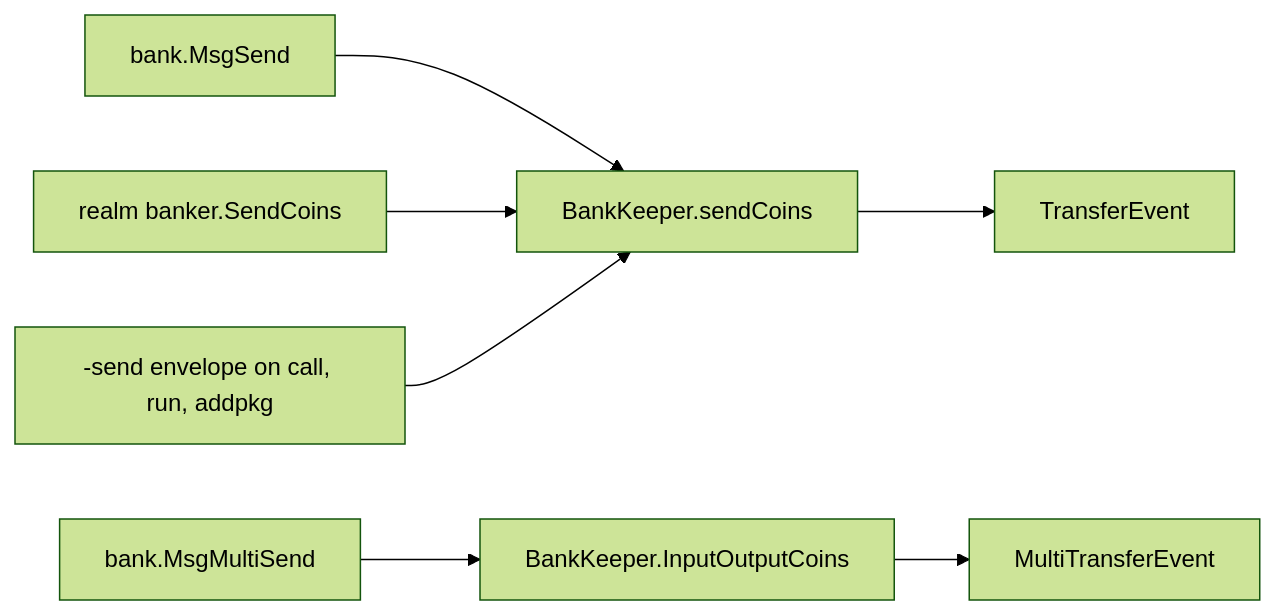
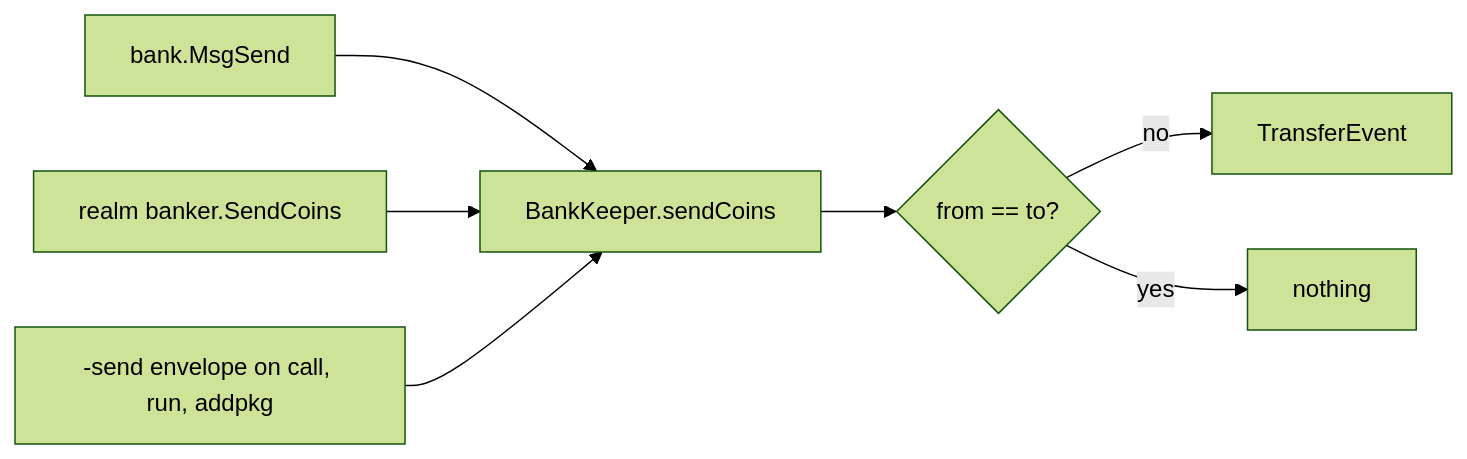
One commit to samouraiworld/gno-agent-workspace changed the diagram in reviews/pr/6xxx/6120-bank-transfer-events/overview.md. Above: the diagram before and after it, drawn with Mermaid (forest theme). The commit also changed other lines of this file and 6 other files, not shown here.

````diff
--- a/reviews/pr/6xxx/6120-bank-transfer-events/overview.md
+++ b/reviews/pr/6xxx/6120-bank-transfer-events/overview.md
@@ -59,9 +56,9 @@
 ```mermaid
 flowchart LR
   A["bank.MsgSend"] --> S
   B["realm banker.SendCoins"] --> S
   C["-send envelope on call, run, addpkg"] --> S
-  S["BankKeeper.sendCoins"] --> E1["TransferEvent"]
-  D["bank.MsgMultiSend"] --> M["BankKeeper.InputOutputCoins"]
-  M --> E2["MultiTransferEvent"]
+  S["BankKeeper.sendCoins"] --> G{"from == to?"}
+  G -- "no" --> E["TransferEvent"]
+  G -- "yes" --> N["nothing"]
 ```
````
